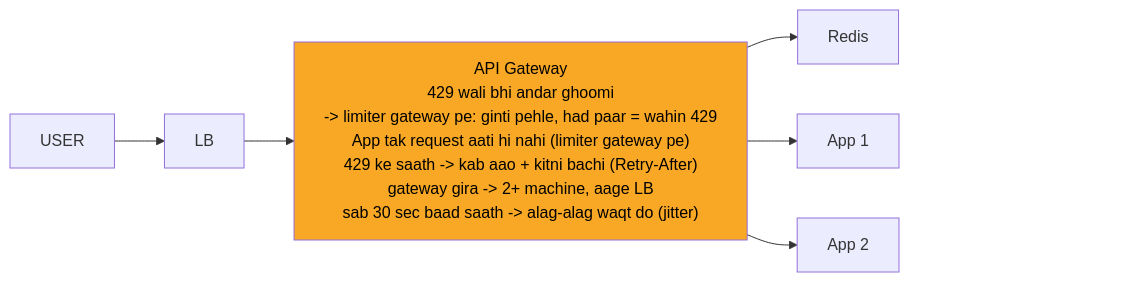
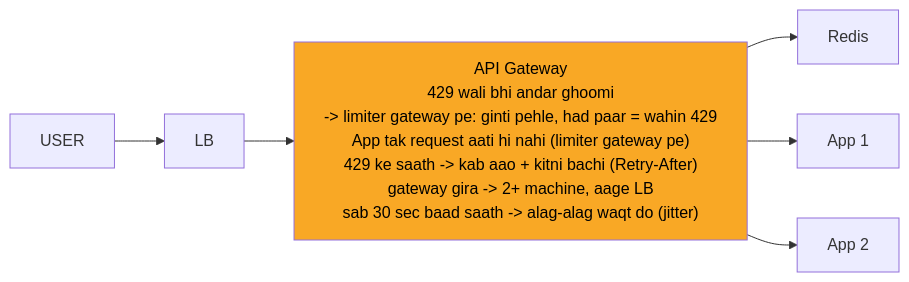
Before and after one commit to ArpanMaheshwari144/Prep: the fourth of 11 diagrams in 04_HLD/SYSTEM_DESIGNS/02_rate_limiter/02_rate_limiter.md, drawn with Mermaid. The commit also changed other lines of this file and 182 other files, not shown here.

Commit message:
hld 14 file: har diagram mermaid-cli se SVG image (source details me), n_pad hataya, render tool 04_HLD/tools

````diff
--- a/04_HLD/SYSTEM_DESIGNS/02_rate_limiter/02_rate_limiter.md
+++ b/04_HLD/SYSTEM_DESIGNS/02_rate_limiter/02_rate_limiter.md
@@ -202,19 +218,16 @@
 ```mermaid
 %%{init: {"flowchart": {"wrappingWidth": 450}}}%%
 flowchart LR
     n_USER["USER"]
     n_LB["LB"]
     n_API_Gateway["API Gateway<br/>429 wali bhi andar ghoomi<br/>-> limiter gateway pe: ginti pehle, had paar = wahin 429<br/>App tak request aati hi nahi (limiter gateway pe)<br/>429 ke saath -> kab aao + kitni bachi (Retry-After)<br/>gateway gira -> 2+ machine, aage LB<br/>sab 30 sec baad saath -> alag-alag waqt do (jitter)"]
     n_Redis["Redis"]
     n_App_x_N_1["App 1"]
     n_App_x_N_2["App 2"]
     n_USER --> n_LB
     n_LB --> n_API_Gateway
     n_API_Gateway --> n_Redis
     n_API_Gateway --> n_App_x_N_1
     n_API_Gateway --> n_App_x_N_2
-    n_pad["xxxxxxxxxxxxxxxx"]
-    n_App_x_N_2 ~~~ n_pad
     style n_API_Gateway fill:#f9a825,color:#000
-    style n_pad fill:none,stroke:none,color:#ffffff00
 ```
````
